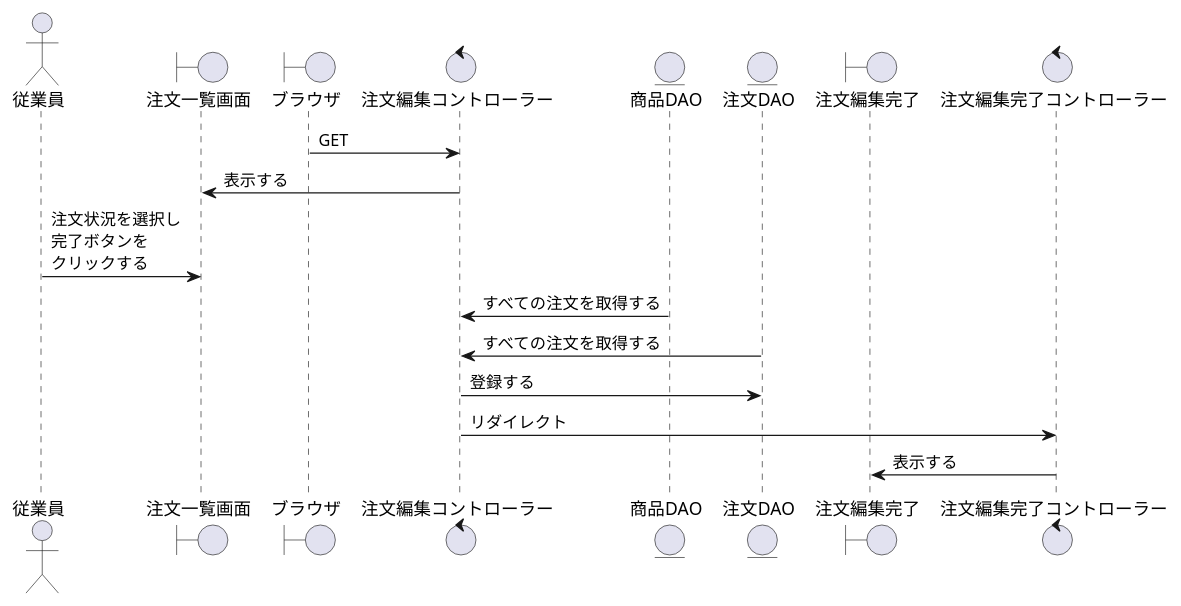
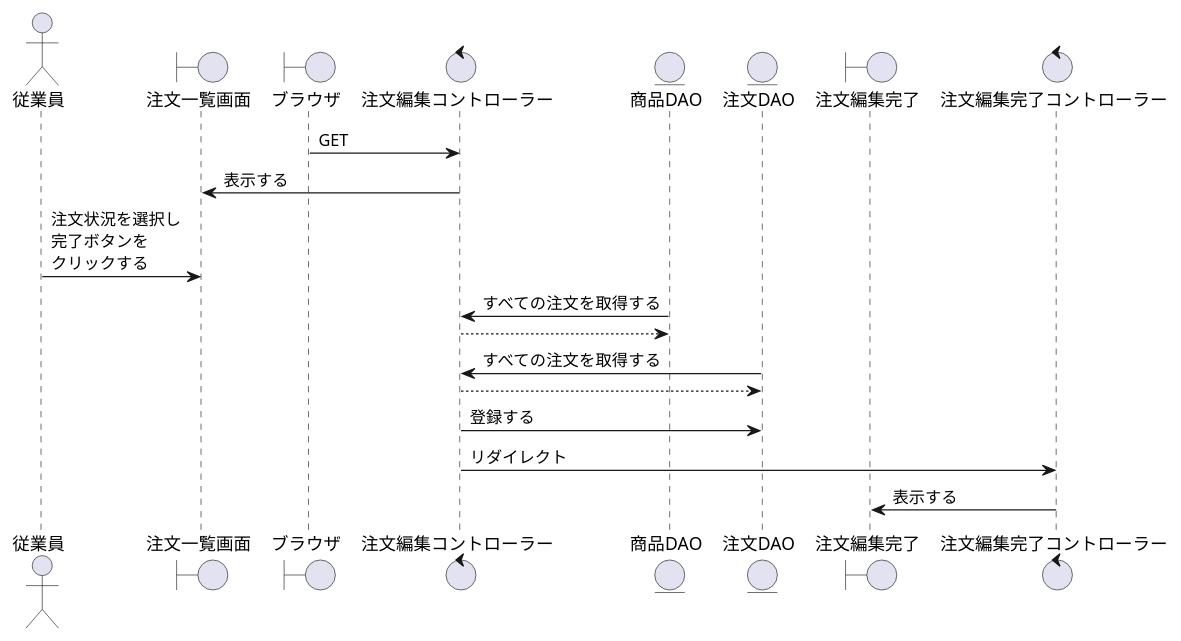
Before and after one commit to ysyk-wtnb16/team_D: the diagram in BBショップ/注文編集.wsd, drawn with PlantUML.

Commit message:
手直し

```diff
--- a/BBショップ/注文編集.wsd
+++ b/BBショップ/注文編集.wsd
@@ -1,30 +1,32 @@
 @startuml update
 ' ①縦軸の並び順を決める
 actor "従業員" as act
 boundary "注文一覧画面" as oeb
 ' コントローラーに初回アクセスするもの
 boundary "ブラウザ" as brz
 ' コントローラーまたはビューの名称を決める
 control "注文編集コントローラー" as oec
 ' DAOまたはモデルとなる
 
 entity "商品DAO" as pdt
 entity "注文DAO" as order
 
 boundary "注文編集完了" as oekb
 control "注文編集完了コントローラー" as oekc
 
 brz -> oec: GET
 
 oeb <- oec:表示する
 
 act -> oeb:注文状況を選択し\n完了ボタンを\nクリックする
 
 oec <- pdt:すべての注文を取得する
+pdt <-- oec
 oec <- order:すべての注文を取得する
+order <-- oec
 
 oec -> order: 登録する
 oec -> oekc:リダイレクト
 oekc -> oekb:表示する
 
 @enduml
```
